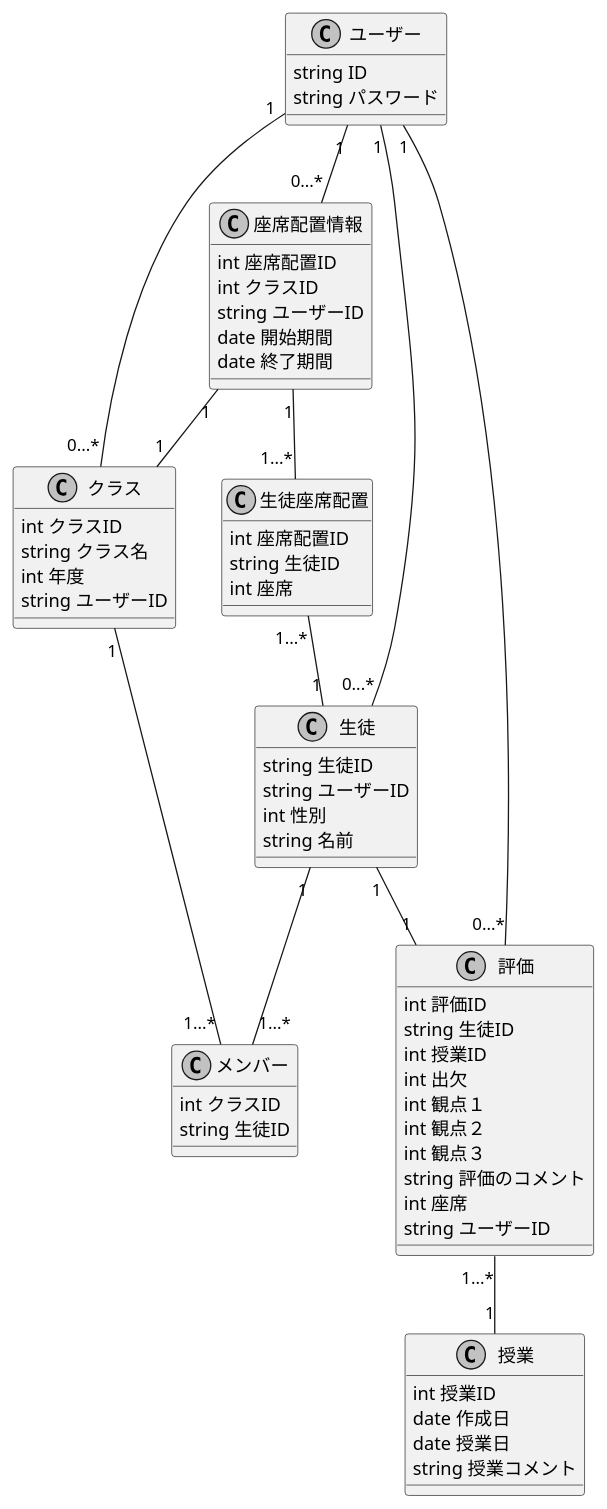
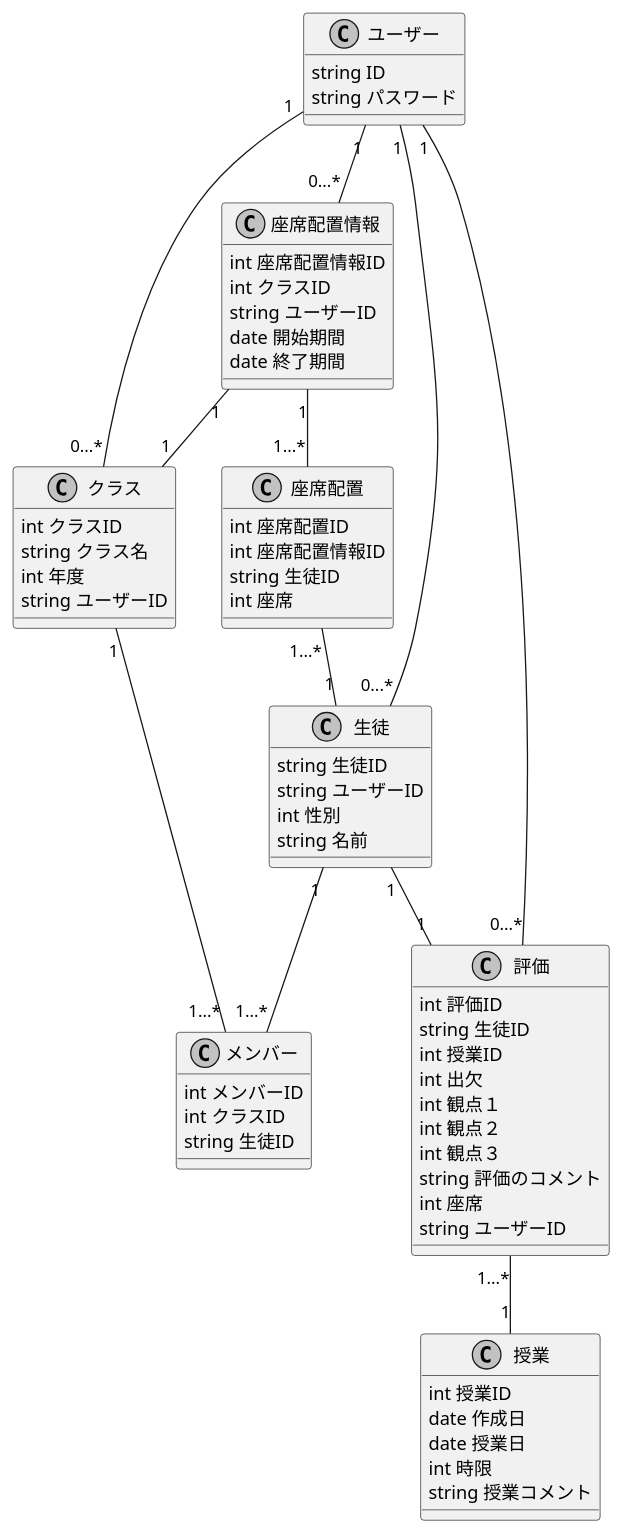
Before and after one commit to hatosableSAN/KTaNE-Expertingweb: the diagram in docs/class.pu, drawn with PlantUML.

Commit message:
update:クラス名と足りていない要素を追加しました

```diff
--- a/docs/class.pu
+++ b/docs/class.pu
@@ -1,75 +1,78 @@
 @startuml class_diagram
 skinparam monochrome true
 skinparam shadowing false
 ' クラスを定義
 
 class ユーザー{
     string ID
     string パスワード
 }
 
 class 生徒{
     string 生徒ID
     string ユーザーID
     int 性別
     string 名前
 }
 class クラス{
     int クラスID
     string クラス名
     int 年度
     string ユーザーID
 }
 class メンバー{
+    int メンバーID
     int クラスID
     string 生徒ID
 }
 class 座席配置情報{
-    int 座席配置ID
+    int 座席配置情報ID
     int クラスID
     string ユーザーID
     date 開始期間
     date 終了期間
 }
-class 生徒座席配置{
+class 座席配置{
     int 座席配置ID
+    int 座席配置情報ID
     string 生徒ID
     int 座席
 }
 class 評価{
     int 評価ID
     string 生徒ID
     int 授業ID
     int 出欠
     int 観点１
     int 観点２
     int 観点３
     string 評価のコメント
     int 座席
     string ユーザーID
 }
 
 class 授業{
     int 授業ID
     date 作成日
     date 授業日
+    int 時限
     string 授業コメント
 }
 
 
 ' 関係を定義
 'left to right direction
 
-座席配置情報 "1"--"1...*" 生徒座席配置
+座席配置情報 "1"--"1...*" 座席配置
 評価 "1...*" -- "1"  授業
 クラス "1" -- "1...*" メンバー
 生徒 "1" -- "1...*" メンバー
 生徒"1" -- "1" 評価
 ユーザー"1" -- "0...*" 生徒
 ユーザー"1" -- "0...*" 座席配置情報
 ユーザー"1" -- "0...*" クラス
 座席配置情報 "1" -- "1"クラス
-生徒座席配置 "1...*" -- "1" 生徒
+座席配置 "1...*" -- "1" 生徒
 評価 "0...*" -- "1" ユーザー
 ' umlの終了を宣言
 @enduml
```
